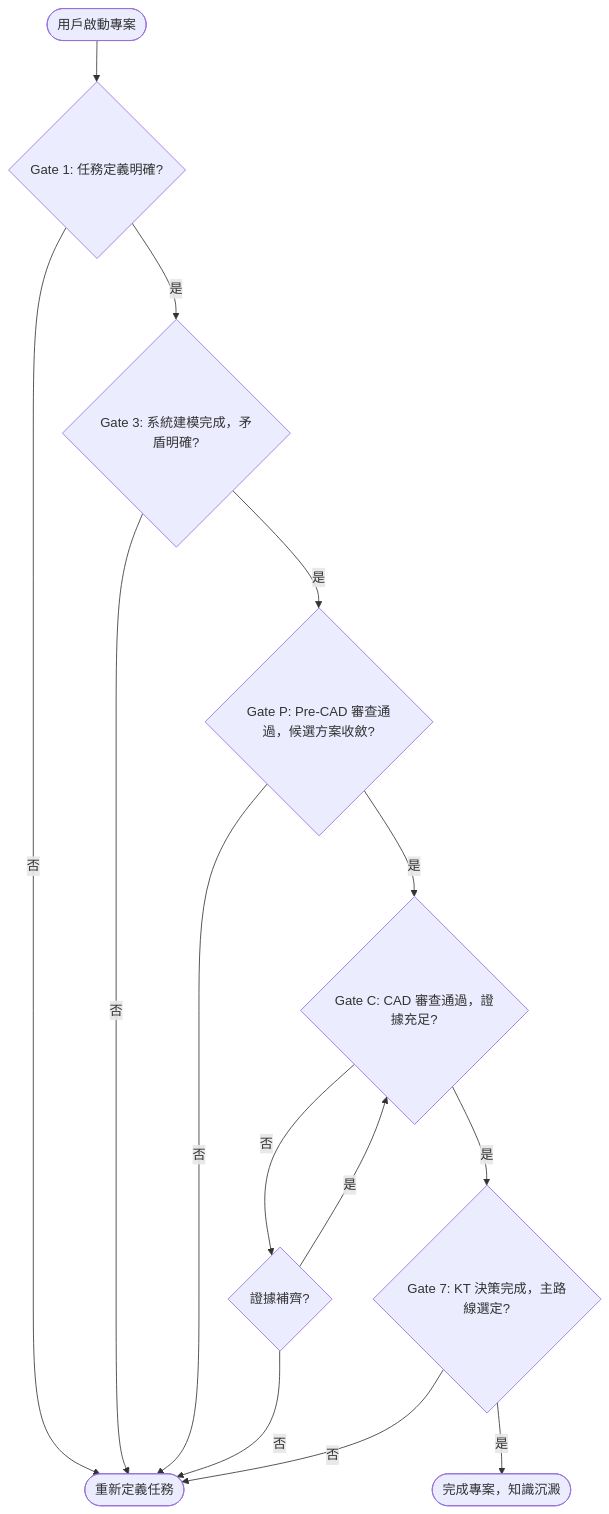
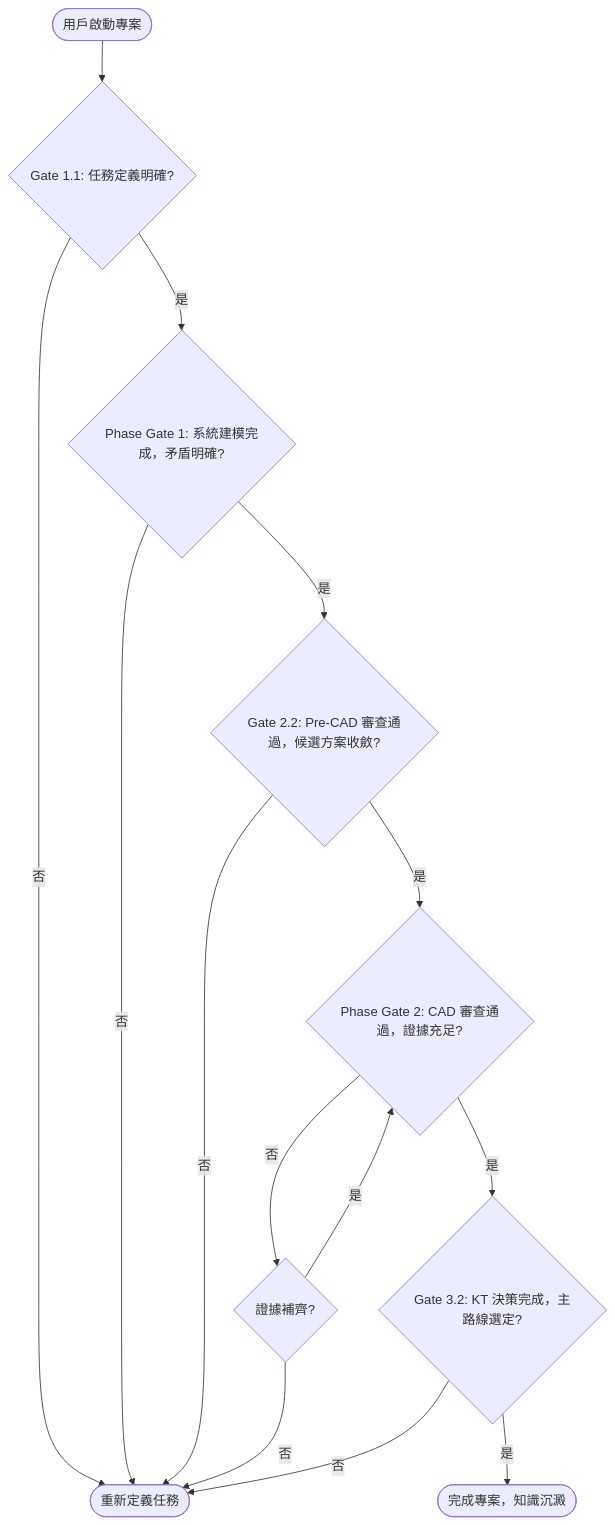
One commit to Zenobia000/AutoTRIZ_smart_design changed the fourth of 5 diagrams in rd_assistant_design_system/universal_template/output/00_blueprint/RD_Design_Copilot_frontend_blueprint.md. Above: the diagram before and after it, drawn with Mermaid. The commit also changed other lines of this file and 147 other files, not shown here.

````diff
--- a/rd_assistant_design_system/universal_template/output/00_blueprint/RD_Design_Copilot_frontend_blueprint.md
+++ b/rd_assistant_design_system/universal_template/output/00_blueprint/RD_Design_Copilot_frontend_blueprint.md
@@ -638,16 +638,16 @@
 ```mermaid
 graph TD
-    Start([用戶啟動專案]) --> A{Gate 1: 任務定義明確?}
+    Start([用戶啟動專案]) --> A{Gate 1.1: 任務定義明確?}
     A -->|否| End([重新定義任務])
-    A -->|是| B{Gate 3: 系統建模完成，矛盾明確?}
+    A -->|是| B{Phase Gate 1: 系統建模完成，矛盾明確?}
     B -->|否| End
-    B -->|是| C{Gate P: Pre-CAD 審查通過，候選方案收斂?}
+    B -->|是| C{Gate 2.2: Pre-CAD 審查通過，候選方案收斂?}
     C -->|否| End
-    C -->|是| D{Gate C: CAD 審查通過，證據充足?}
+    C -->|是| D{Phase Gate 2: CAD 審查通過，證據充足?}
     D -->|否| D6e{證據補齊?}
     D6e -->|是| D
     D6e -->|否| End
-    D -->|是| E{Gate 7: KT 決策完成，主路線選定?}
+    D -->|是| E{Gate 3.2: KT 決策完成，主路線選定?}
     E -->|否| End
     E -->|是| F([完成專案，知識沉澱])
 ```
````
